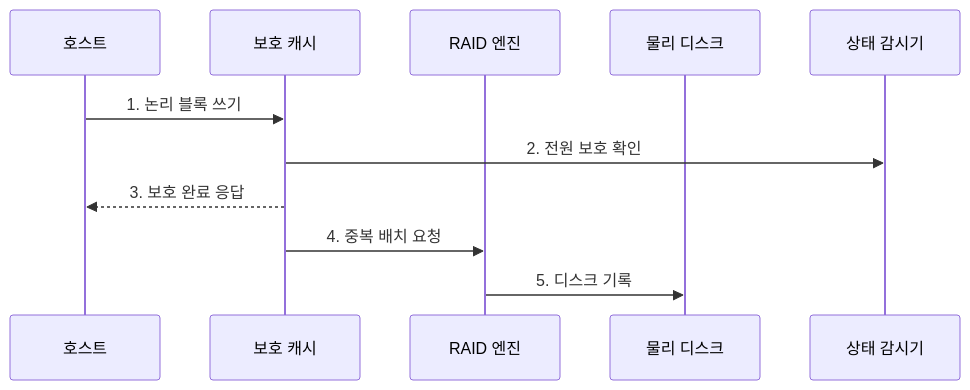
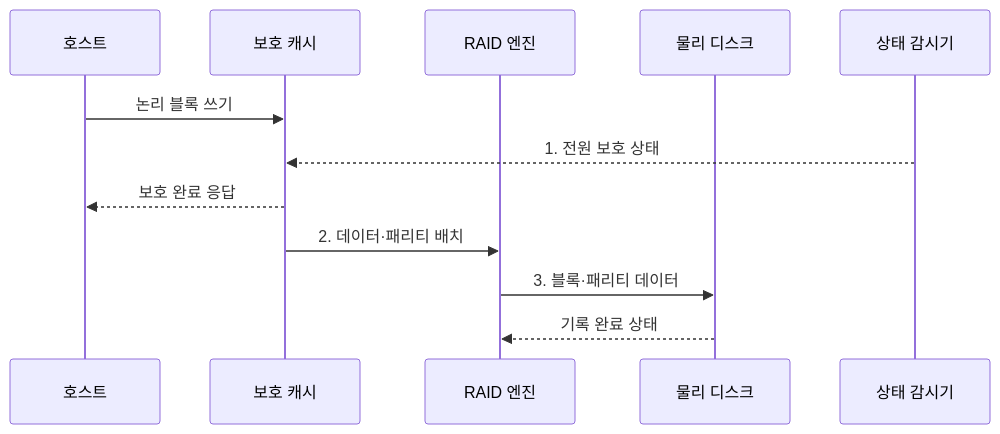
One commit to agnusdei1207/knowledge-base changed the second of 2 diagrams in src/content/docs/notes/02-hardware/092_raid_controller_jbod.md. Above: the diagram before and after it, drawn with Mermaid. The commit also changed other lines of this file and 14 other files, not shown here.

````diff
--- a/src/content/docs/notes/02-hardware/092_raid_controller_jbod.md
+++ b/src/content/docs/notes/02-hardware/092_raid_controller_jbod.md
@@ -94,13 +93,14 @@
 ```mermaid
 sequenceDiagram
     participant H as 호스트
     participant C as 보호 캐시
     participant E as RAID 엔진
     participant D as 물리 디스크
     participant M as 상태 감시기
-    H->>C: 1. 논리 블록 쓰기
-    C->>M: 2. 전원 보호 확인
-    C-->>H: 3. 보호 완료 응답
-    C->>E: 4. 중복 배치 요청
-    E->>D: 5. 디스크 기록
+    H->>C: 논리 블록 쓰기
+    M-->>C: 1. 전원 보호 상태
+    C-->>H: 보호 완료 응답
+    C->>E: 2. 데이터·패리티 배치
+    E->>D: 3. 블록·패리티 데이터
+    D-->>E: 기록 완료 상태
 ```
````
